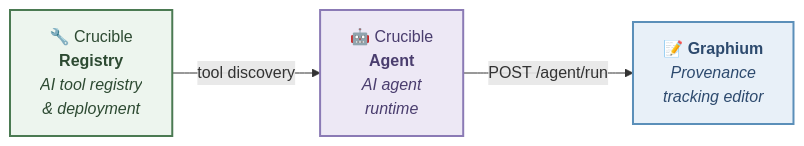
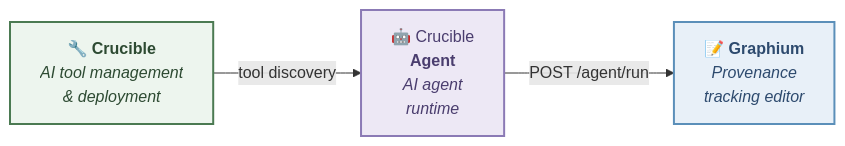
Before and after one commit to kumagallium/Crucible: the second of 2 diagrams in README.md, drawn with Mermaid. The commit also changed other lines of this file and 1 other file, not shown here.

First line of the commit message:
[docs] Drop "Registry" branding — Crucible is the product name

````diff
--- a/README.md
+++ b/README.md
@@ -207,13 +207,13 @@
 ```mermaid
 graph LR
-    Registry["🔧 Crucible<br/><b>Registry</b><br/><i>AI tool registry<br/>& deployment</i>"]
+    Registry["🔧 <b>Crucible</b><br/><i>AI tool management<br/>& deployment</i>"]
     Agent["🤖 Crucible<br/><b>Agent</b><br/><i>AI agent<br/>runtime</i>"]
     Graphium["📝 <b>Graphium</b><br/><i>Provenance<br/>tracking editor</i>"]
 
     Registry -- "tool discovery" --> Agent
     Agent -- "POST /agent/run" --> Graphium
 
     style Registry fill:#edf5ee,stroke:#4B7A52,stroke-width:2px,color:#2d4a32
     style Agent fill:#ede8f5,stroke:#8b7ab5,stroke-width:2px,color:#4a3d6e
     style Graphium fill:#e8f0f8,stroke:#5b8fb9,stroke-width:2px,color:#2d4a6e
 ```
````
